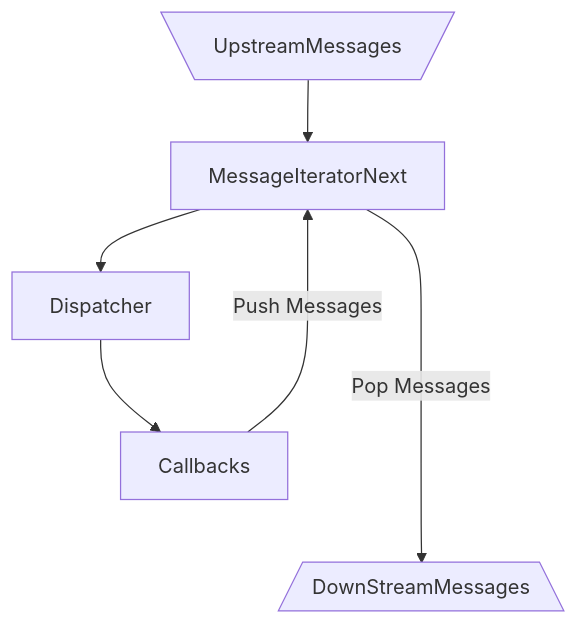
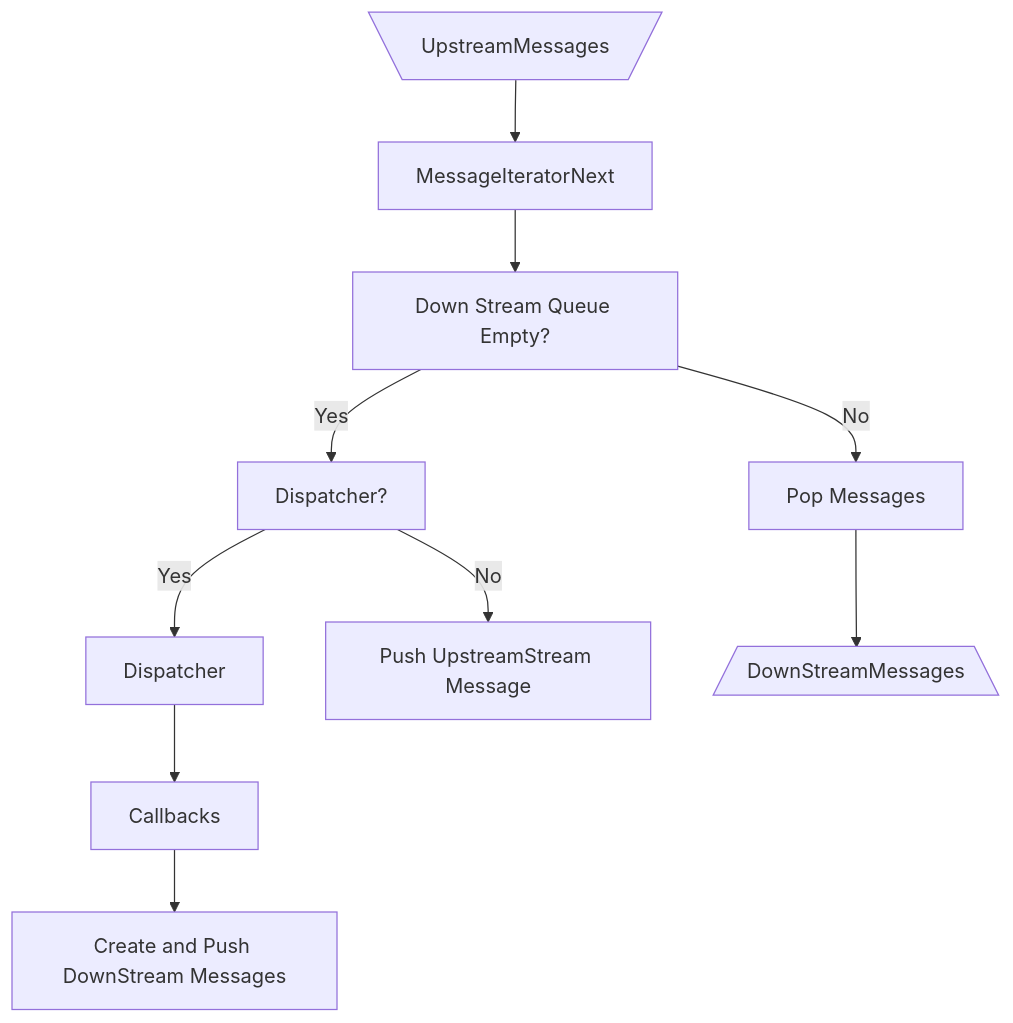
Before and after one commit to TApplencourt/metababel: the diagram in README.md, drawn with Mermaid.

Commit message:
Better picture

````diff
--- a/README.md
+++ b/README.md
@@ -1,8 +1,11 @@
 ```mermaid
 graph TD
-    U[\UpstreamMessages/] --> MessageIteratorNext
-    MessageIteratorNext --> Dispatcher
-    Dispatcher --> Callbacks
-    Callbacks --Push Messages--> MessageIteratorNext
-    MessageIteratorNext --Pop Messages----> D[/DownStreamMessages\]
+    UM[\UpstreamMessages/] --> M[MessageIteratorNext] 
+    M --> MTP[Down Stream Queue Empty?]
+    MTP -- Yes --> D?[Dispatcher?]
+    D? -- Yes --> D[Dispatcher]
+    D? -- No --> PUS[Push UpstreamStream Message]
+    D --> Callbacks
+    Callbacks --> CPD[Create and Push DownStream Messages]
+    MTP -- No --> PM[Pop Messages]--> DS[/DownStreamMessages\]
 ```
````
